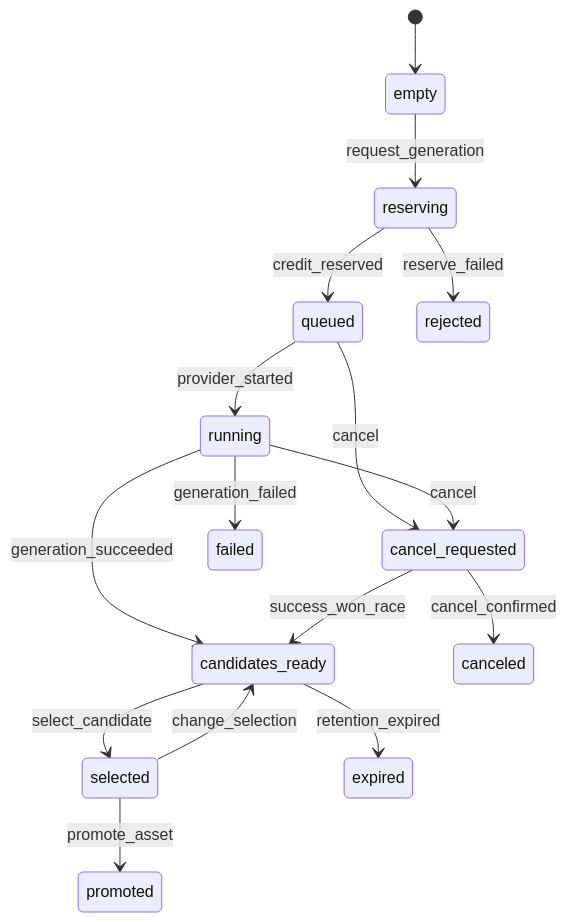
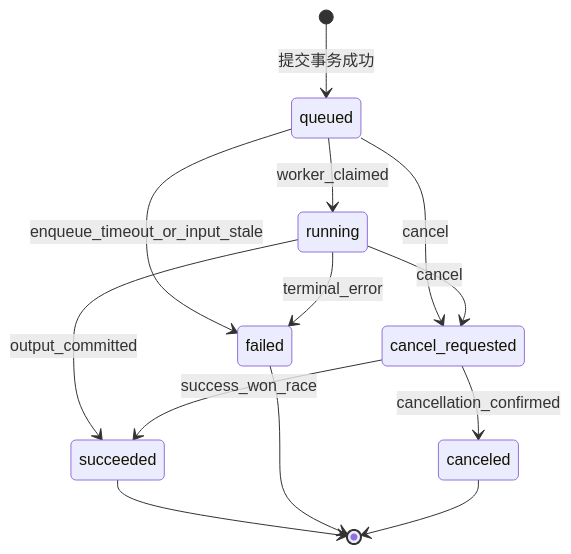
Before and after one commit to linshibo1994/MTV-backend: the third of 7 diagrams in docs/codex/07-权限状态机与验收标准.md, drawn with Mermaid. The commit also changed other lines of this file and 11 other files, not shown here.

````diff
--- a/docs/codex/07-权限状态机与验收标准.md
+++ b/docs/codex/07-权限状态机与验收标准.md
@@ -365,18 +445,15 @@
 ```mermaid
 stateDiagram-v2
-    [*] --> empty
-    empty --> reserving: request_generation
-    reserving --> queued: credit_reserved
-    reserving --> rejected: reserve_failed
-    queued --> running: provider_started
+    [*] --> queued: 提交事务成功
+    queued --> running: worker_claimed
+    queued --> failed: enqueue_timeout_or_input_stale
     queued --> cancel_requested: cancel
-    running --> candidates_ready: generation_succeeded
-    running --> failed: generation_failed
+    running --> succeeded: output_committed
+    running --> failed: terminal_error
     running --> cancel_requested: cancel
-    cancel_requested --> canceled: cancel_confirmed
-    cancel_requested --> candidates_ready: success_won_race
-    candidates_ready --> selected: select_candidate
-    selected --> promoted: promote_asset
-    candidates_ready --> expired: retention_expired
-    selected --> candidates_ready: change_selection
+    cancel_requested --> canceled: cancellation_confirmed
+    cancel_requested --> succeeded: success_won_race
+    succeeded --> [*]
+    failed --> [*]
+    canceled --> [*]
 ```
````
